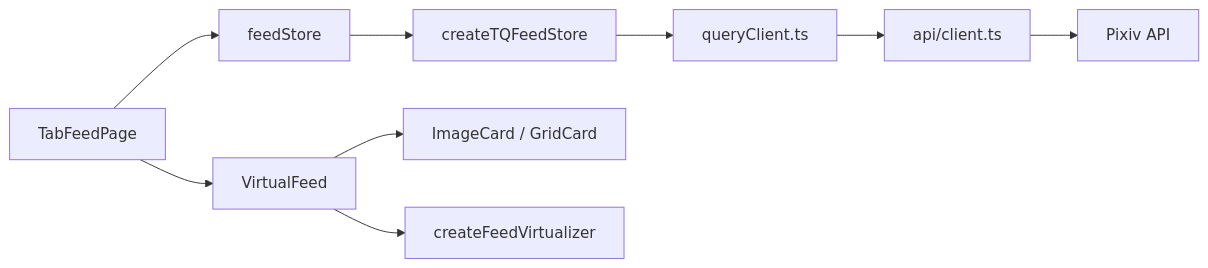
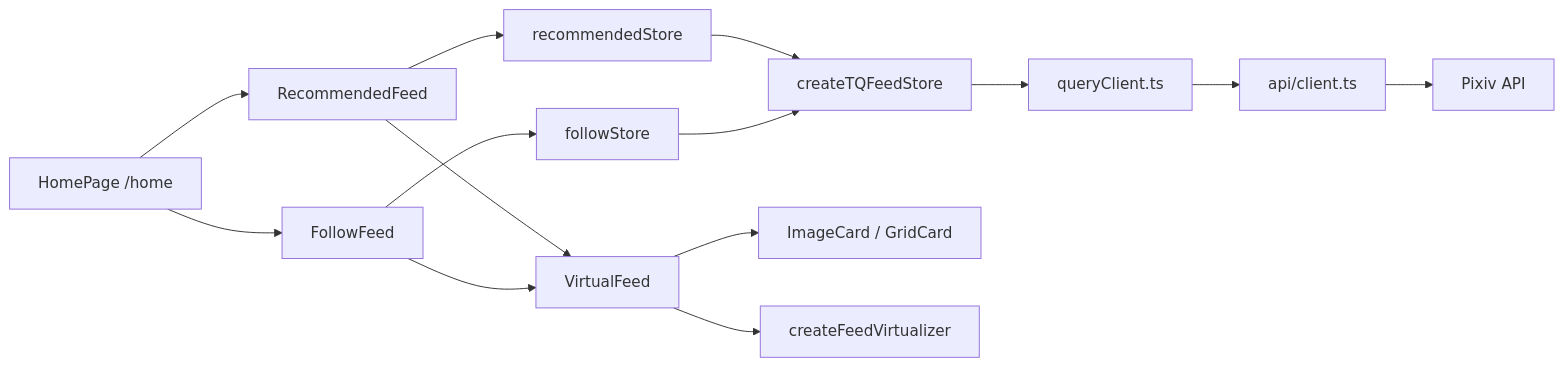
Before and after one commit to a1121611810/Pictelio: the diagram in openwiki/domain/feed-and-browsing.md, drawn with Mermaid. The commit also changed other lines of this file and 7 other files, not shown here.

````diff
--- a/openwiki/domain/feed-and-browsing.md
+++ b/openwiki/domain/feed-and-browsing.md
@@ -73,11 +74,16 @@
 ```mermaid
 flowchart LR
-    TFP[TabFeedPage] --> FS[feedStore]
-    FS --> TQ[createTQFeedStore]
+    HP[HomePage /home] --> RF[RecommendedFeed]
+    HP --> FF[FollowFeed]
+    RF --> RS[recommendedStore]
+    FF --> FS[followStore]
+    RS --> TQ[createTQFeedStore]
+    FS --> TQ
     TQ --> QC[queryClient.ts]
     QC --> API[api/client.ts]
     API --> P[Pixiv API]
-    TFP --> VF[VirtualFeed]
+    RF --> VF[VirtualFeed]
+    FF --> VF
     VF --> IC[ImageCard / GridCard]
     VF --> CFV[createFeedVirtualizer]
 ```
````
